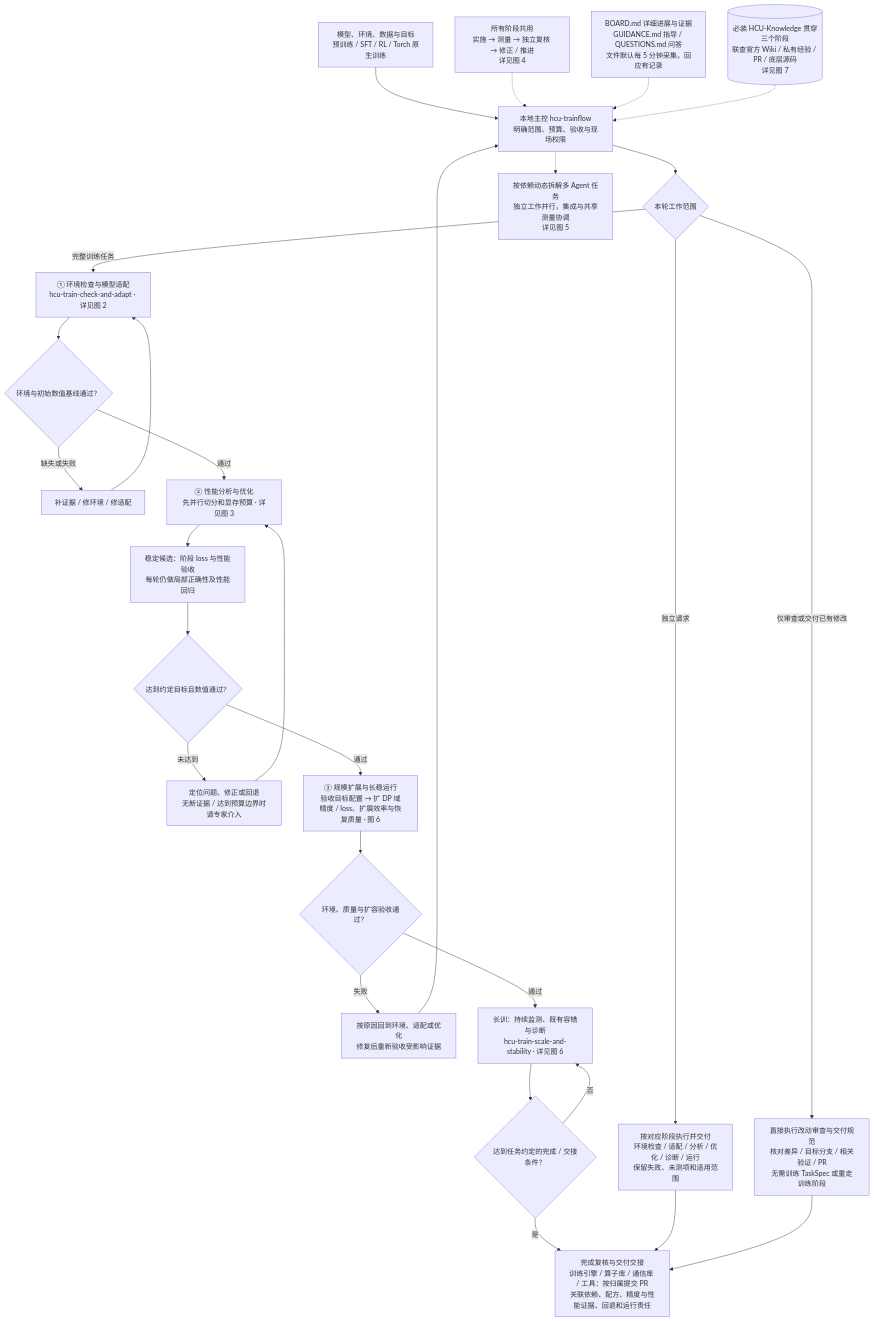
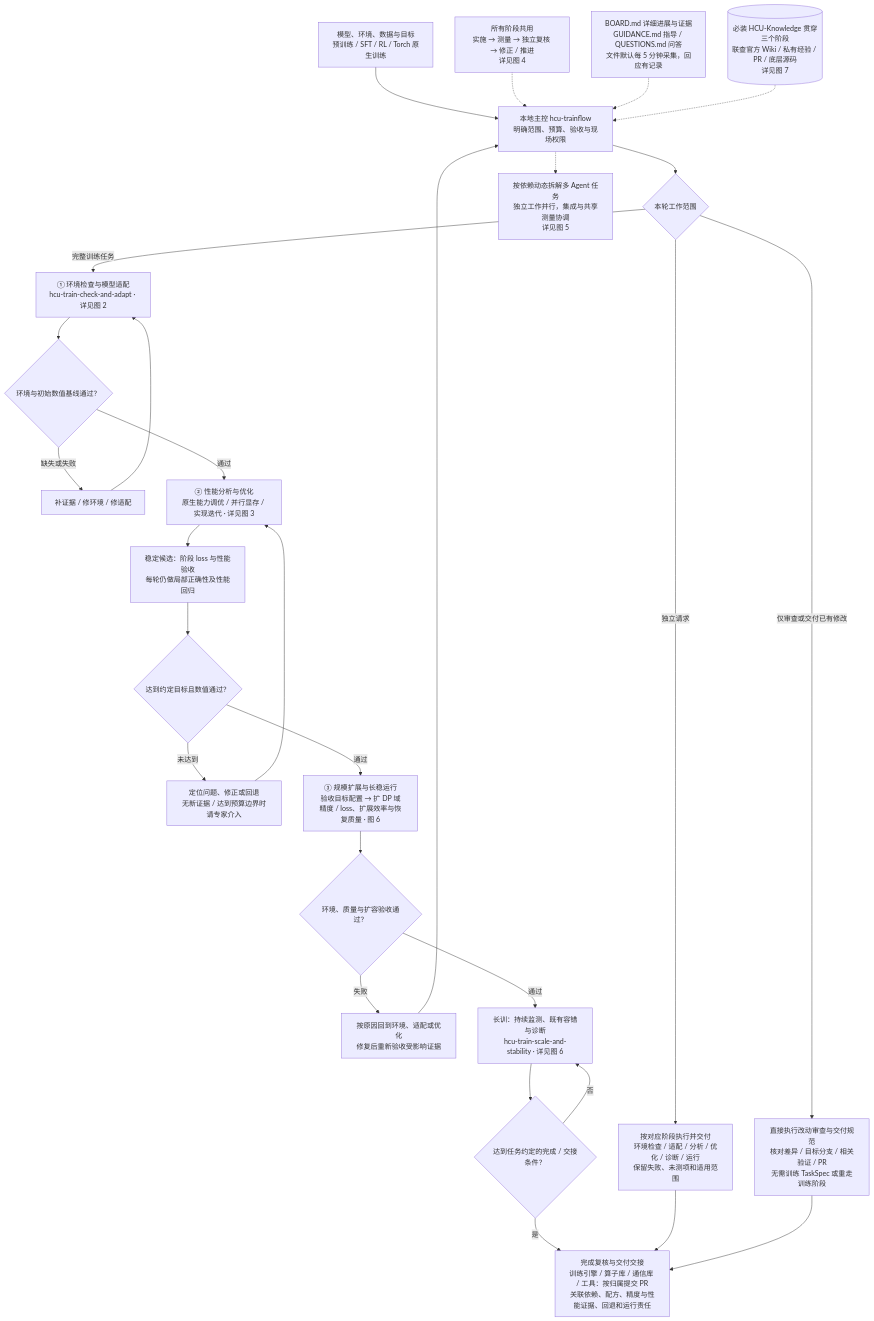
One commit to yuguo-Jack/HCU-TrainFlow changed the first of 14 diagrams in docs/workflow-map.md. Above: the diagram before and after it, drawn with Mermaid. The commit also changed other lines of this file and 21 other files, not shown here.

````diff
--- a/docs/workflow-map.md
+++ b/docs/workflow-map.md
@@ -13,30 +13,30 @@
 ```mermaid
 flowchart TD
     U["模型、环境、数据与目标<br/>预训练 / SFT / RL / Torch 原生训练"] --> C["本地主控 hcu-trainflow<br/>明确范围、预算、验收与现场权限"]
     C --> SCOPE{"本轮工作范围"}
     SCOPE -->|完整训练任务| A["① 环境检查与模型适配<br/>hcu-train-check-and-adapt · 详见图 2"]
     SCOPE -->|独立请求| PART["按对应阶段执行并交付<br/>环境检查 / 适配 / 分析 / 优化 / 诊断 / 运行<br/>保留失败、未测项和适用范围"]
     SCOPE -->|仅审查或交付已有修改| DELIVER["直接执行改动审查与交付规范<br/>核对差异 / 目标分支 / 相关验证 / PR<br/>无需训练 TaskSpec 或重走训练阶段"]
     A --> AG{"环境与初始数值基线通过？"}
     AG -->|缺失或失败| AR["补证据 / 修环境 / 修适配"]
     AR --> A
-    AG -->|通过| O["② 性能分析与优化<br/>先并行切分和显存预算 · 详见图 3"]
+    AG -->|通过| O["② 性能分析与优化<br/>原生能力调优 / 并行显存 / 实现迭代 · 详见图 3"]
     O --> Q["稳定候选：阶段 loss 与性能验收<br/>每轮仍做局部正确性及性能回归"]
     Q --> QG{"达到约定目标且数值通过？"}
     QG -->|未达到| OR["定位问题、修正或回退<br/>无新证据 / 达到预算边界时请专家介入"]
     OR --> O
     QG -->|通过| S["③ 规模扩展与长稳运行<br/>验收目标配置 → 扩 DP 域<br/>精度 / loss、扩展效率与恢复质量 · 图 6"]
     S --> SG{"环境、质量与扩容验收通过？"}
     SG -->|失败| SR["按原因回到环境、适配或优化<br/>修复后重新验收受影响证据"]
     SR --> C
     SG -->|通过| T["长训：持续监测、既有容错与诊断<br/>hcu-train-scale-and-stability · 详见图 6"]
     T --> TG{"达到任务约定的完成 / 交接条件？"}
     TG -->|否| T
     TG -->|是| Z["完成复核与交付交接<br/>训练引擎 / 算子库 / 通信库 / 工具：按归属提交 PR<br/>关联依赖、配方、精度与性能证据、回退和运行责任"]
     PART --> Z
     DELIVER --> Z
     LOOP["所有阶段共用<br/>实施 → 测量 → 独立复核 → 修正 / 推进<br/>详见图 4"] -.-> C
     H["BOARD.md 详细进展与证据<br/>GUIDANCE.md 指导 / QUESTIONS.md 问答<br/>文件默认每 5 分钟采集，回应有记录"] -.-> C
     K[("必装 HCU-Knowledge 贯穿三个阶段<br/>联查官方 Wiki / 私有经验 / PR / 底层源码<br/>详见图 7")] -.-> C
     C -.-> TEAM["按依赖动态拆解多 Agent 任务<br/>独立工作并行，集成与共享测量协调<br/>详见图 5"]
 ```
````
